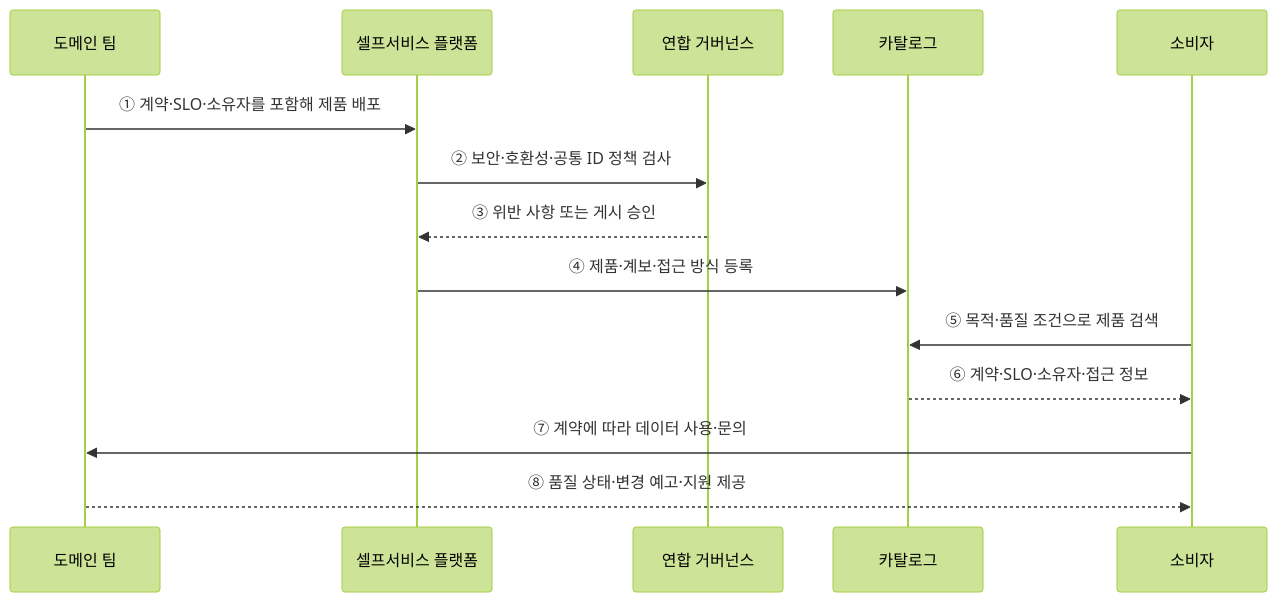
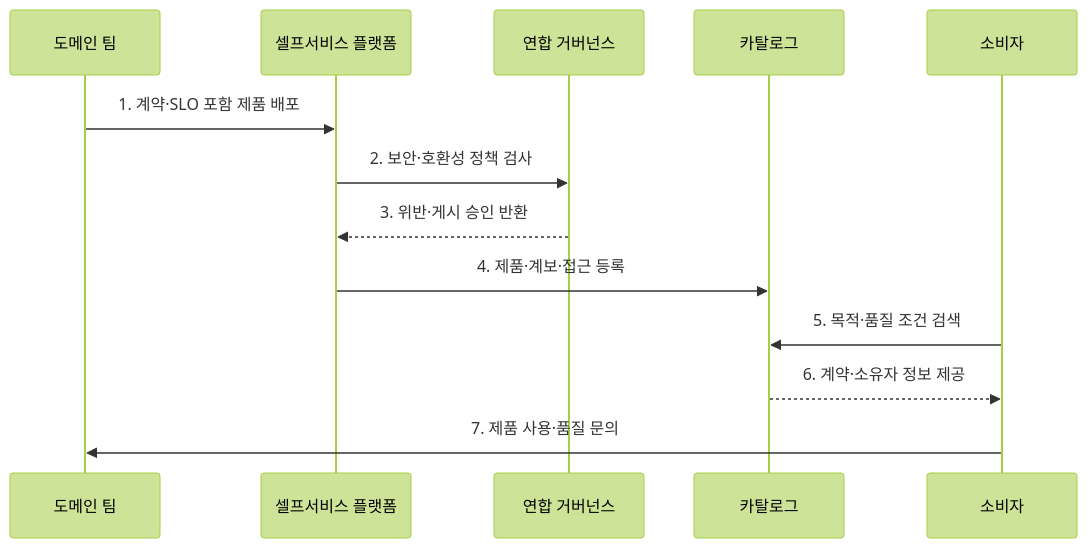
The second of 2 diagrams in src/content/docs/notes/03-software/131_data_mesh.md (agnusdei1207/knowledge-base), drawn with Mermaid (forest theme) before and after one commit. The commit also changed other lines of this file and 20 other files, not shown here.

````diff
--- a/src/content/docs/notes/03-software/131_data_mesh.md
+++ b/src/content/docs/notes/03-software/131_data_mesh.md
@@ -72,16 +81,15 @@
 ```mermaid
 sequenceDiagram
     participant D as 도메인 팀
     participant S as 셀프서비스 플랫폼
     participant G as 연합 거버넌스
     participant C as 카탈로그
     participant U as 소비자
-    D->>S: ① 계약·SLO·소유자를 포함해 제품 배포
-    S->>G: ② 보안·호환성·공통 ID 정책 검사
-    G-->>S: ③ 위반 사항 또는 게시 승인
-    S->>C: ④ 제품·계보·접근 방식 등록
-    U->>C: ⑤ 목적·품질 조건으로 제품 검색
-    C-->>U: ⑥ 계약·SLO·소유자·접근 정보
-    U->>D: ⑦ 계약에 따라 데이터 사용·문의
-    D-->>U: ⑧ 품질 상태·변경 예고·지원 제공
+    D->>S: 1. 계약·SLO 포함 제품 배포
+    S->>G: 2. 보안·호환성 정책 검사
+    G-->>S: 3. 위반·게시 승인 반환
+    S->>C: 4. 제품·계보·접근 등록
+    U->>C: 5. 목적·품질 조건 검색
+    C-->>U: 6. 계약·소유자 정보 제공
+    U->>D: 7. 제품 사용·품질 문의
 ```
````
